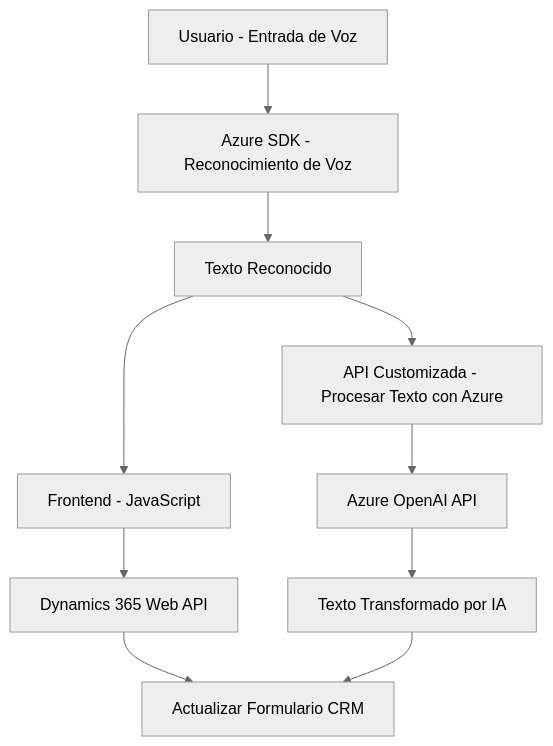
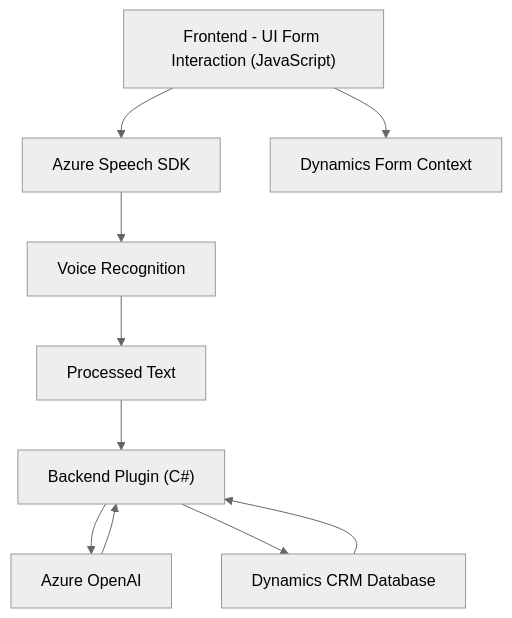
The diagram in README.md (blopezdm/NETCORE_BILBAO2025), drawn with Mermaid (neutral theme) before and after one commit. The commit also changed other lines of this file, not shown here.

Commit message:
Actualizar análisis global de la solución con IA

````diff
--- a/README.md
+++ b/README.md
@@ -33,12 +50,13 @@
 ```mermaid
 graph TD
-    A["Usuario - Entrada de Voz"] --> B["Azure SDK - Reconocimiento de Voz"]
-    B --> C["Texto Reconocido"]
-    C --> D["Frontend - JavaScript"]
-    D --> E["Dynamics 365 Web API"]
-    E --> F["Actualizar Formulario CRM"]
-    C --> G["API Customizada - Procesar Texto con Azure"]
-    G --> H["Azure OpenAI API"]
-    H --> I["Texto Transformado por IA"]
-    I --> F
+    A["Frontend - UI Form Interaction (JavaScript)"] --> B["Azure Speech SDK"]
+    A --> C["Dynamics Form Context"]
+    B --> D["Voice Recognition"]
+    D --> E["Processed Text"]
+    
+    E --> F["Backend Plugin (C#)"]
+    F --> G["Azure OpenAI"]
+    F --> H["Dynamics CRM Database"]
+    G --> F
+    H --> F
 ```
````
